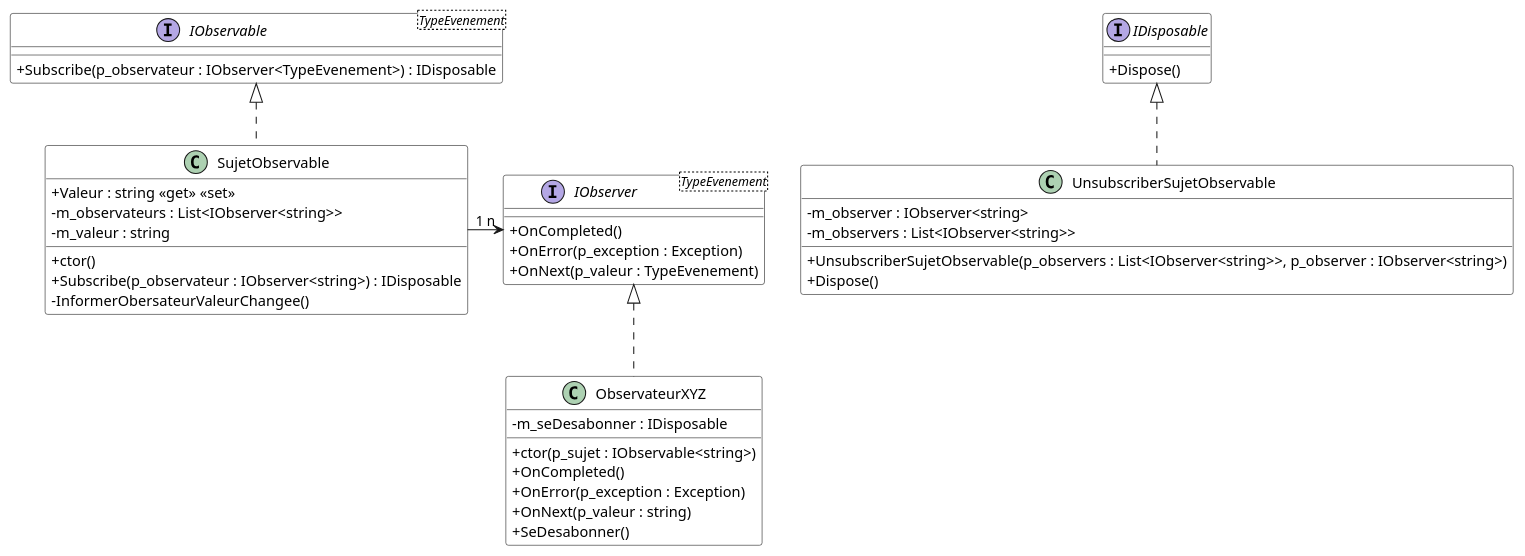
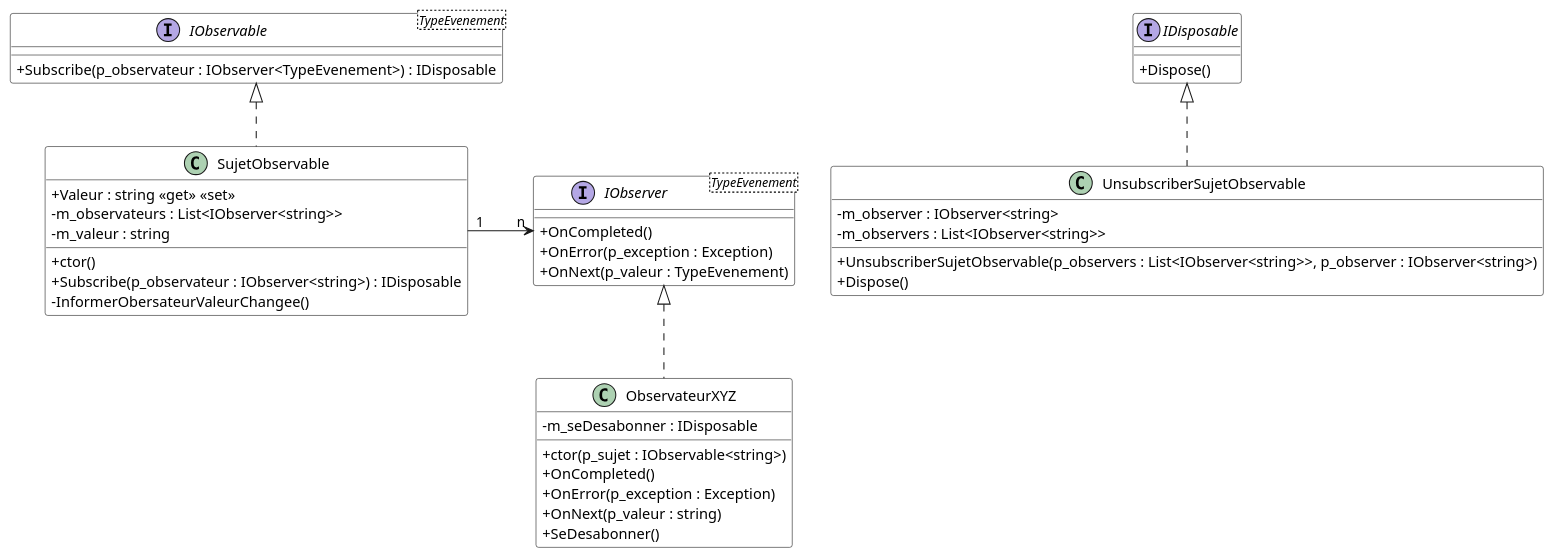
The diagram in Module10_Patrons_Conception02/diag/DiagCours.wsd (PiFou86/420-W30-SF), drawn with PlantUML before and after one commit. The commit also changed 10 other files, not shown here.

```diff
--- a/Module10_Patrons_Conception02/diag/DiagCours.wsd
+++ b/Module10_Patrons_Conception02/diag/DiagCours.wsd
@@ -1,54 +1,54 @@
 @startuml DiagDTO
 
 skinparam classAttributeIconSize 0
 skinparam class {
     BackgroundColor White
     BorderColor #000
 }
 
 interface IDisposable {
     + Dispose()
 }
 
 interface IObservable<TypeEvenement> {
     + Subscribe(p_observateur : IObserver<TypeEvenement>) : IDisposable
 }
 
 interface IObserver<TypeEvenement> {
     + OnCompleted()
     + OnError(p_exception : Exception)
     + OnNext(p_valeur : TypeEvenement)
 }
 
 class SujetObservable {
     + Valeur : string <<get>> <<set>>
     - m_observateurs : List<IObserver<string>>
     - m_valeur : string
     + ctor()
     + Subscribe(p_observateur : IObserver<string>) : IDisposable
     - InformerObersateurValeurChangee()
 }
 
 class ObservateurXYZ {
     - m_seDesabonner : IDisposable
     + ctor(p_sujet : IObservable<string>)
     + OnCompleted()
     + OnError(p_exception : Exception)
     + OnNext(p_valeur : string)
     + SeDesabonner()
 }
 
 class UnsubscriberSujetObservable {
     - m_observer : IObserver<string>
     - m_observers : List<IObserver<string>>
     + UnsubscriberSujetObservable(p_observers : List<IObserver<string>>, p_observer : IObserver<string>)
     + Dispose()
 }
 
-SujetObservable "1" -right-> "n" IObserver
+SujetObservable "1" -right-> "n" IObserver : \t
 IObserver <|.. ObservateurXYZ
 IDisposable <|.. UnsubscriberSujetObservable
 IObservable <|.. SujetObservable
 
 
 @enduml
```
